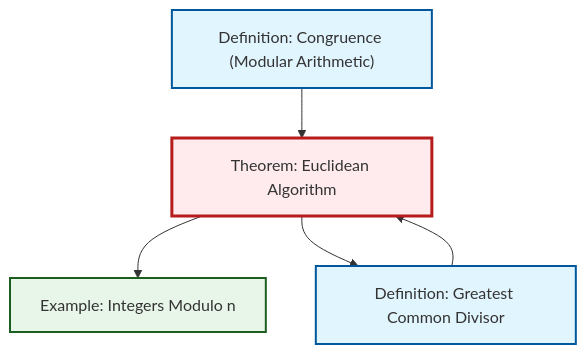
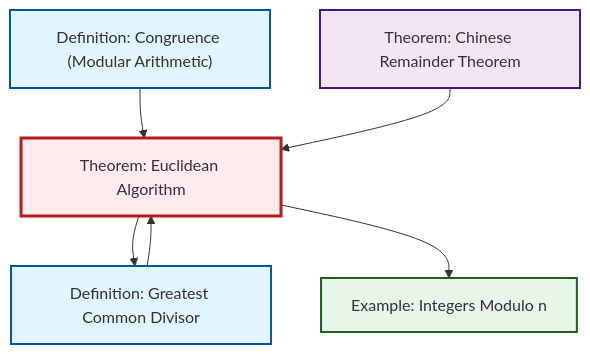
Before and after one commit to RK0429/ModernMath: the second of 2 diagrams in content/en/number-theory/thm-euclidean-algorithm.qmd, drawn with Mermaid. The commit also changed 615 other files, not shown here.

First line of the commit message:
feat: Add Chinese Remainder Theorem article with comprehensive cross-references

````diff
--- a/content/en/number-theory/thm-euclidean-algorithm.qmd
+++ b/content/en/number-theory/thm-euclidean-algorithm.qmd
@@ -94,21 +94,24 @@
 ```{mermaid}
 %%| fig-cap: "Local dependency graph"
 graph TD
     classDef definition fill:#e1f5fe,stroke:#01579b,stroke-width:2px
     classDef theorem fill:#f3e5f5,stroke:#4a148c,stroke-width:2px
     classDef axiom fill:#fff3e0,stroke:#e65100,stroke-width:2px
     classDef example fill:#e8f5e9,stroke:#1b5e20,stroke-width:2px
     classDef current fill:#ffebee,stroke:#b71c1c,stroke-width:3px
+    thm-chinese-remainder["Theorem: Chinese Remainder Theorem"]:::theorem
+    def-gcd["Definition: Greatest Common Divisor"]:::definition
     def-congruence["Definition: Congruence (Modular Arithmetic)"]:::definition
-    def-gcd["Definition: Greatest Common Divisor"]:::definition
     ex-quotient-integers-mod-n["Example: Integers Modulo n"]:::example
     thm-euclidean-algorithm["Theorem: Euclidean Algorithm"]:::theorem
+    def-congruence --> thm-euclidean-algorithm
+    thm-chinese-remainder --> thm-euclidean-algorithm
+    def-gcd --> thm-euclidean-algorithm
+    thm-euclidean-algorithm --> def-gcd
     thm-euclidean-algorithm --> ex-quotient-integers-mod-n
-    thm-euclidean-algorithm --> def-gcd
-    def-gcd --> thm-euclidean-algorithm
-    def-congruence --> thm-euclidean-algorithm
     class thm-euclidean-algorithm current
+    click thm-chinese-remainder "thm-chinese-remainder.html" "Go to Chinese Remainder Theorem theorem"
+    click def-gcd "def-gcd.html" "Go to Greatest Common Divisor definition"
     click def-congruence "def-congruence.html" "Go to Congruence (Modular Arithmetic) definition"
-    click def-gcd "def-gcd.html" "Go to Greatest Common Divisor definition"
     click ex-quotient-integers-mod-n "ex-quotient-integers-mod-n.html" "Go to Integers Modulo n example"
 ```
````
